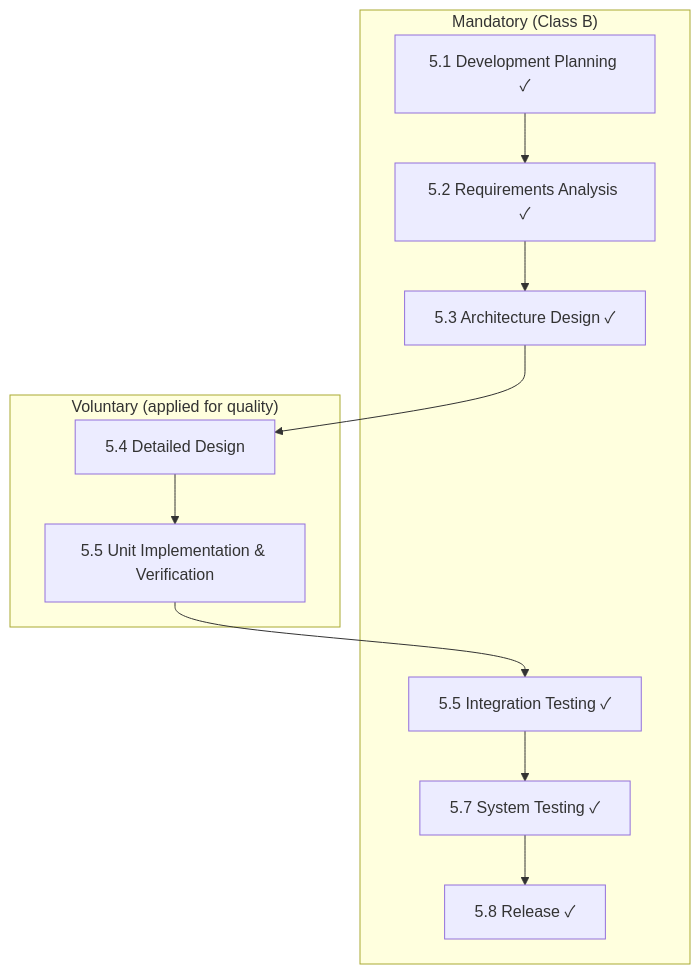
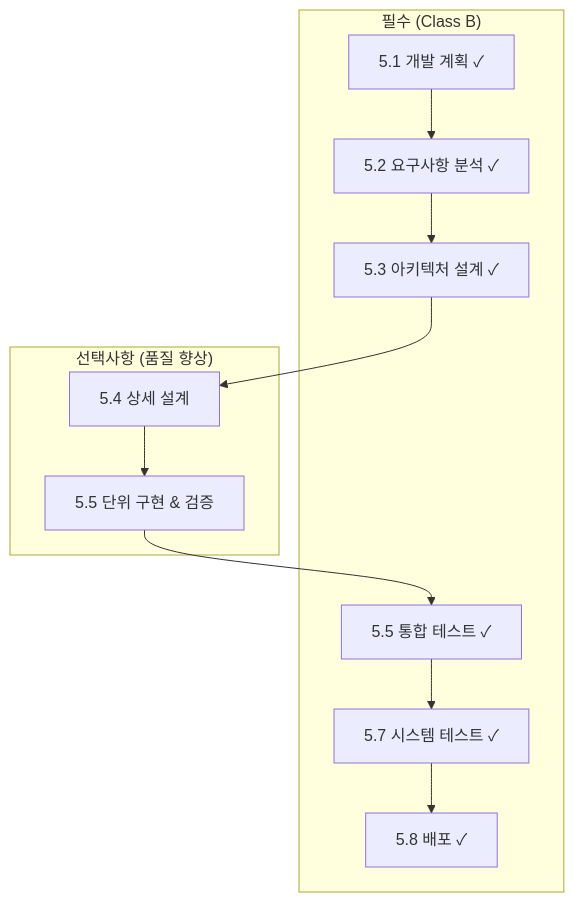
One commit to holee9/image-processing changed the second of 3 diagrams in docs/post-processing/gsvg/GSVG-SDP-001_Development_Plan.md. Above: the diagram before and after it, drawn with Mermaid. The commit also changed other lines of this file and 51 other files, not shown here.

````diff
--- a/docs/post-processing/gsvg/GSVG-SDP-001_Development_Plan.md
+++ b/docs/post-processing/gsvg/GSVG-SDP-001_Development_Plan.md
@@ -58,18 +58,18 @@
 ```mermaid
 graph TD
-    subgraph "Mandatory (Class B)"
-        P[5.1 Development Planning ✓]
-        R[5.2 Requirements Analysis ✓]
-        A[5.3 Architecture Design ✓]
-        INT[5.5 Integration Testing ✓]
-        SYS[5.7 System Testing ✓]
-        REL[5.8 Release ✓]
+    subgraph "필수 (Class B)"
+        P[5.1 개발 계획 ✓]
+        R[5.2 요구사항 분석 ✓]
+        A[5.3 아키텍처 설계 ✓]
+        INT[5.5 통합 테스트 ✓]
+        SYS[5.7 시스템 테스트 ✓]
+        REL[5.8 배포 ✓]
     end
     
-    subgraph "Voluntary (applied for quality)"
-        DD[5.4 Detailed Design]
-        UT[5.5 Unit Implementation & Verification]
+    subgraph "선택사항 (품질 향상)"
+        DD[5.4 상세 설계]
+        UT[5.5 단위 구현 & 검증]
     end
     
     P --> R --> A --> DD --> UT --> INT --> SYS --> REL
 ```
````
